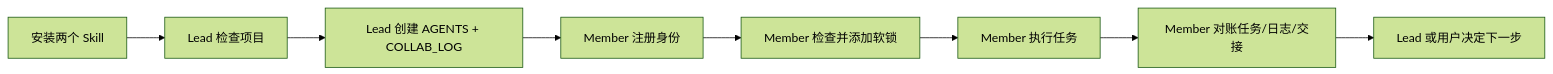
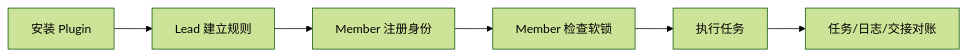
The diagram in README.zh-CN.md (Gary06868/remote-agent-collaboration-skills), drawn with Mermaid (forest theme) before and after one commit. The commit also changed other lines of this file and 26 other files, not shown here.

````diff
--- a/README.zh-CN.md
+++ b/README.zh-CN.md
@@ -24,10 +27,8 @@
 ```mermaid
 flowchart LR
-  A["安装两个 Skill"] --> B["Lead 检查项目"]
-  B --> C["Lead 创建 AGENTS + COLLAB_LOG"]
-  C --> D["Member 注册身份"]
-  D --> E["Member 检查并添加软锁"]
-  E --> F["Member 执行任务"]
-  F --> G["Member 对账任务/日志/交接"]
-  G --> H["Lead 或用户决定下一步"]
+  A["安装 Plugin"] --> B["Lead 建立规则"]
+  B --> C["Member 注册身份"]
+  C --> D["Member 检查软锁"]
+  D --> E["执行任务"]
+  E --> F["任务/日志/交接对账"]
 ```
````
